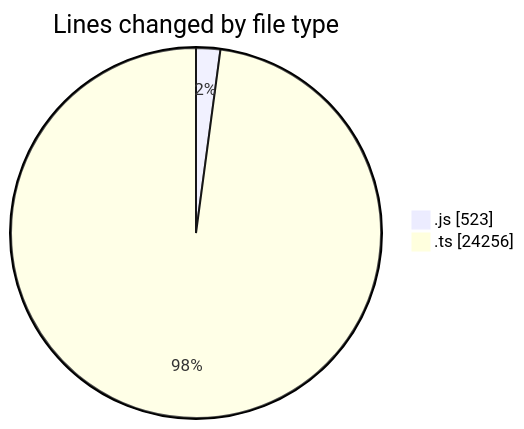
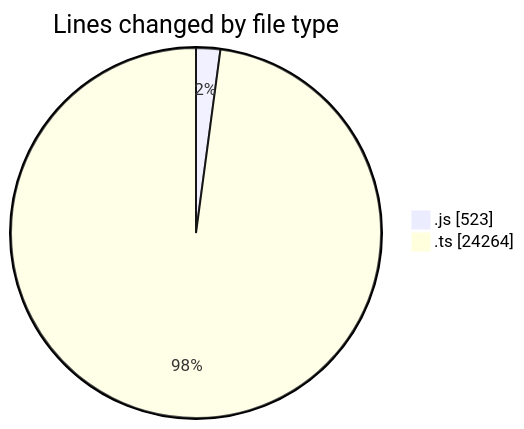
Before and after one commit to momahboobian/code-tracking: the first of 2 diagrams in 2025-08-15/cda/README.md, drawn with Mermaid. The commit also changed other lines of this file and 1 other file, not shown here.

````diff
--- a/2025-08-15/cda/README.md
+++ b/2025-08-15/cda/README.md
@@ -27,6 +27,6 @@
 ```mermaid
 pie showData
 title Lines changed by file type
 ".js" : 523
-".ts" : 24256
+".ts" : 24264
 ```
````
